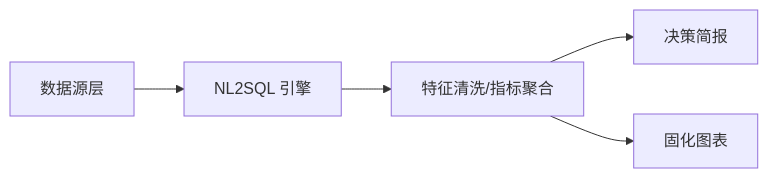
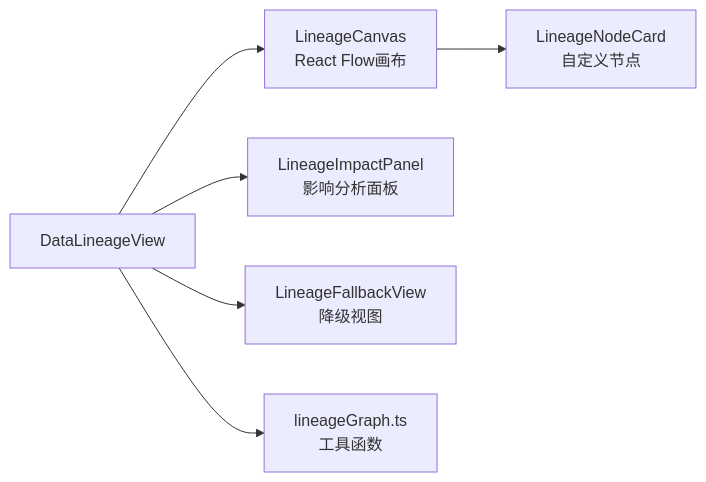
Before and after one commit to dgjin/smart-data-analytics: the sixth of 7 diagrams in .qoder/repowiki/zh/content/前端应用/核心组件库/数据源管理组件.md, drawn with Mermaid. The commit also changed other lines of this file and 146 other files, not shown here.

````diff
--- a/.qoder/repowiki/zh/content/前端应用/核心组件库/数据源管理组件.md
+++ b/.qoder/repowiki/zh/content/前端应用/核心组件库/数据源管理组件.md
@@ -233,7 +307,8 @@
 ```mermaid
 graph LR
-DS["数据源层"] --> ENG["NL2SQL 引擎"]
-ENG --> PROC["特征清洗/指标聚合"]
-PROC --> RPT["决策简报"]
-PROC --> WGT["固化图表"]
+DLV["DataLineageView"] --> LC["LineageCanvas<br/>React Flow画布"]
+DLV --> LIP["LineageImpactPanel<br/>影响分析面板"]
+DLV --> LFV["LineageFallbackView<br/>降级视图"]
+LC --> LNC["LineageNodeCard<br/>自定义节点"]
+DLV --> LG["lineageGraph.ts<br/>工具函数"]
 ```
````
